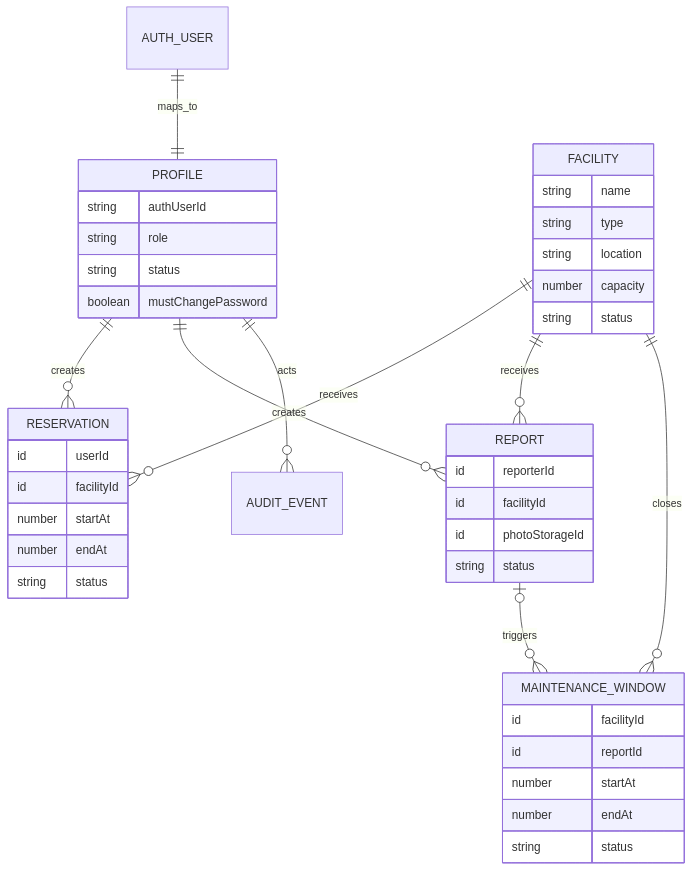
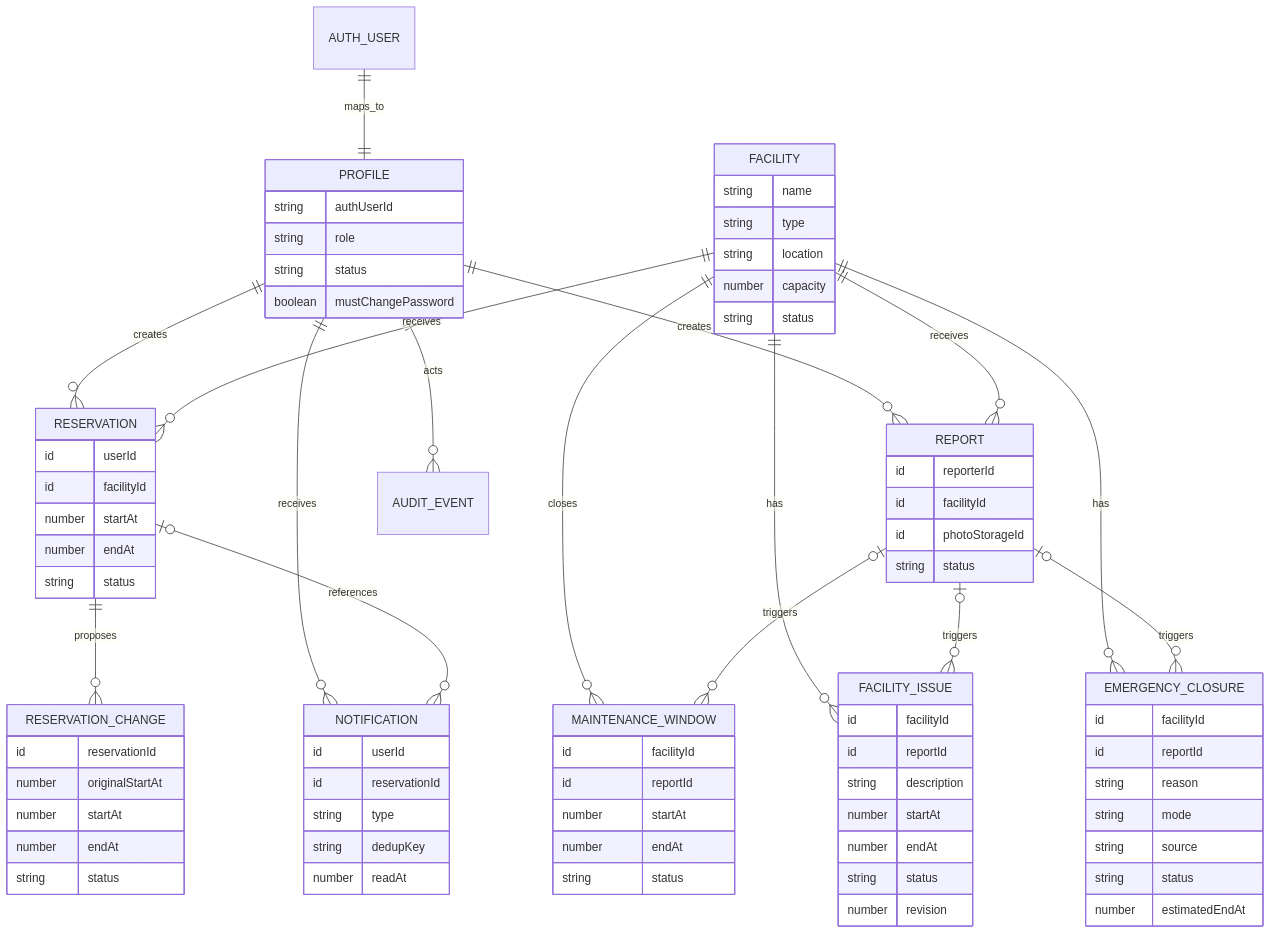
Before and after one commit to ZaidaanArd/ProjectPPK: the diagram in docs/DATA-AND-API.md, drawn with Mermaid. The commit also changed other lines of this file and 26 other files, not shown here.

Commit message:
docs: synchronize policies, edge cases, diagrams and QA evidence

```diff
--- a/docs/DATA-AND-API.md
+++ b/docs/DATA-AND-API.md
@@ -12,6 +12,13 @@
   FACILITY ||--o{ REPORT : receives
   FACILITY ||--o{ MAINTENANCE_WINDOW : closes
   REPORT |o--o{ MAINTENANCE_WINDOW : triggers
+  RESERVATION ||--o{ RESERVATION_CHANGE : proposes
+  FACILITY ||--o{ FACILITY_ISSUE : has
+  FACILITY ||--o{ EMERGENCY_CLOSURE : has
+  REPORT |o--o{ FACILITY_ISSUE : triggers
+  REPORT |o--o{ EMERGENCY_CLOSURE : triggers
+  PROFILE ||--o{ NOTIFICATION : receives
+  RESERVATION |o--o{ NOTIFICATION : references
 
   PROFILE {
     string authUserId
@@ -25,6 +32,38 @@
     string location
     number capacity
     string status
+  }
+  RESERVATION_CHANGE {
+    id reservationId
+    number originalStartAt
+    number startAt
+    number endAt
+    string status
+  }
+  FACILITY_ISSUE {
+    id facilityId
+    id reportId
+    string description
+    number startAt
+    number endAt
+    string status
+    number revision
+  }
+  EMERGENCY_CLOSURE {
+    id facilityId
+    id reportId
+    string reason
+    string mode
+    string source
+    string status
+    number estimatedEndAt
+  }
+  NOTIFICATION {
+    id userId
+    id reservationId
+    string type
+    string dedupKey
+    number readAt
   }
   RESERVATION {
     id userId
```
